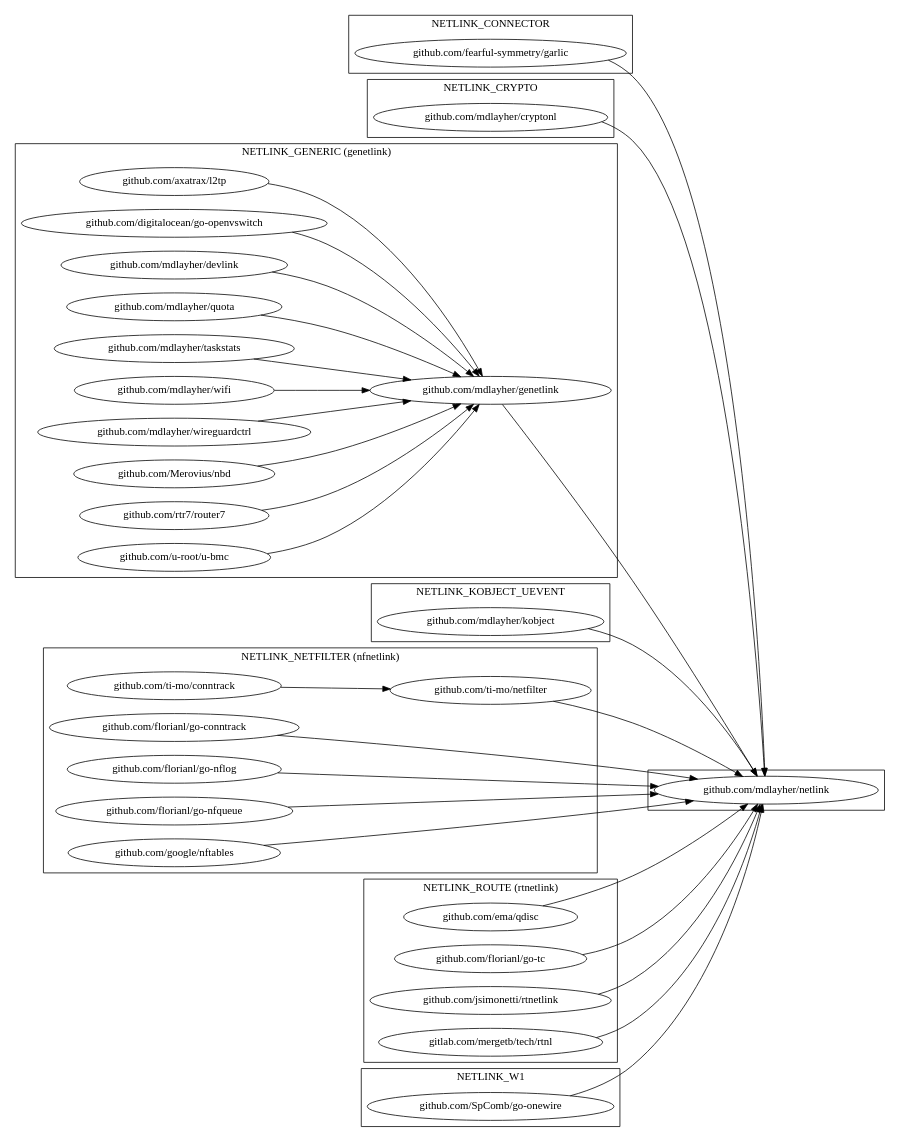
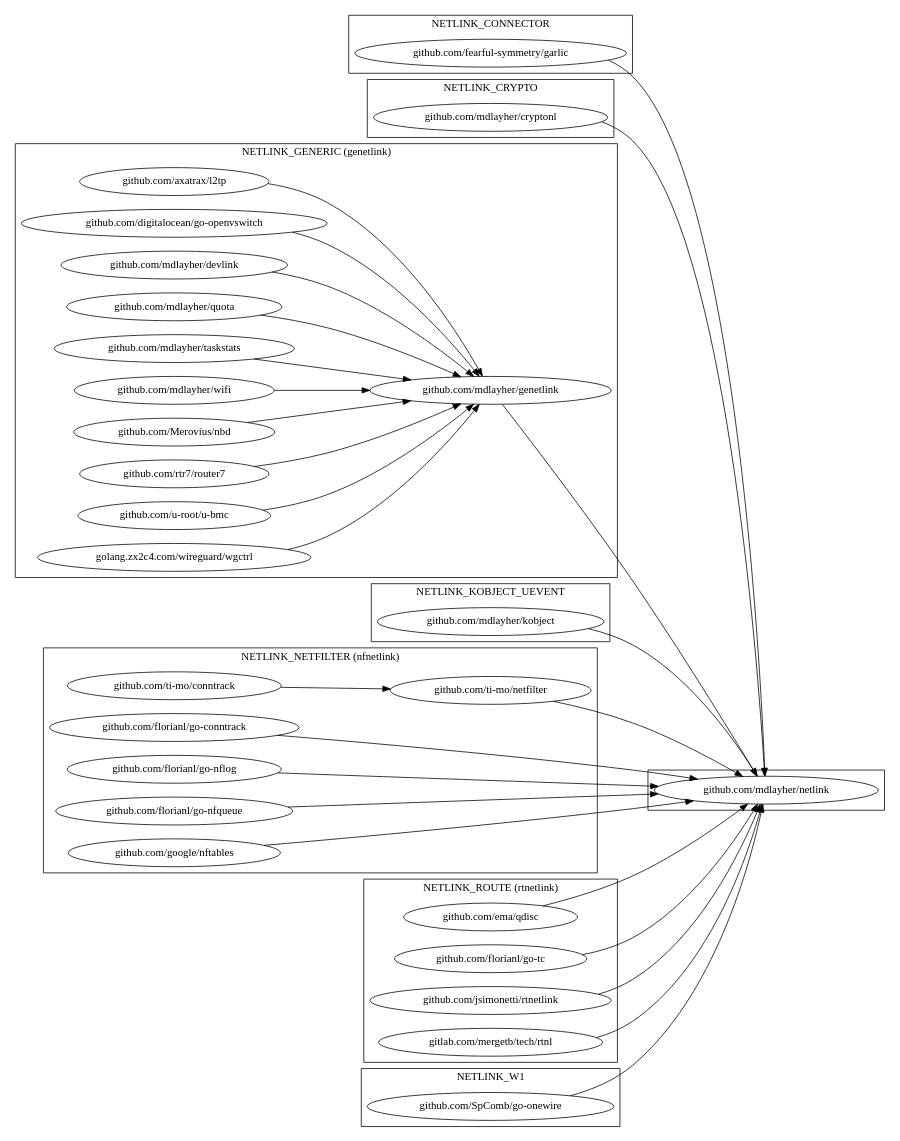
Before and after one commit to mdlayher/netlink: the diagram in netlink.dot, drawn with Graphviz. The commit also changed 1 other file, not shown here.

Commit message:
netlink.dot: new repository for wgctrl

```diff
--- a/netlink.dot
+++ b/netlink.dot
@@ -1,85 +1,85 @@
 digraph {
     rankdir = LR
 
     subgraph cluster_netlink {
         "github.com/mdlayher/netlink" [URL="https://github.com/mdlayher/netlink"]
     }
 
     subgraph cluster_connector {
         label = "NETLINK_CONNECTOR";
 
         {
             "github.com/fearful-symmetry/garlic" [URL="https://github.com/fearful-symmetry/garlic"]
         } -> "github.com/mdlayher/netlink"
     }
 
     subgraph cluster_crypto {
         label = "NETLINK_CRYPTO";
 
         {
             "github.com/mdlayher/cryptonl" [URL="https://github.com/mdlayher/cryptonl"]
         } -> "github.com/mdlayher/netlink"
     }
 
     subgraph cluster_generic {
         label = "NETLINK_GENERIC (genetlink)";
         "github.com/mdlayher/genetlink" [URL="https://github.com/mdlayher/genetlink"]
         "github.com/mdlayher/genetlink" -> "github.com/mdlayher/netlink"
 
         {   
             "github.com/axatrax/l2tp" [URL="https://github.com/axatrax/l2tp"]
             "github.com/digitalocean/go-openvswitch" [URL="https://github.com/digitalocean/go-openvswitch"]
             "github.com/mdlayher/devlink" [URL="https://github.com/mdlayher/devlink"]
             "github.com/mdlayher/quota" [URL="https://github.com/mdlayher/quota"]
             "github.com/mdlayher/taskstats" [URL="https://github.com/mdlayher/taskstats"]
             "github.com/mdlayher/wifi" [URL="https://github.com/mdlayher/wifi"]
-            "github.com/mdlayher/wireguardctrl" [URL="https://github.com/mdlayher/wireguardctrl"]
             "github.com/Merovius/nbd" [URL="https://github.com/Merovius/nbd"]
             "github.com/rtr7/router7" [URL="https://github.com/rtr7/router7"]
             "github.com/u-root/u-bmc" [URL="https://github.com/u-root/u-bmc"]
+            "golang.zx2c4.com/wireguard/wgctrl" [URL="https://golang.zx2c4.com/wireguard/wgctrl"]
         } -> "github.com/mdlayher/genetlink" 
     }
 
     subgraph cluster_kobject_uevent {
         label = "NETLINK_KOBJECT_UEVENT";
 
         {
             "github.com/mdlayher/kobject" [URL="https://github.com/mdlayher/kobject"]
         } -> "github.com/mdlayher/netlink"
     }
 
     subgraph cluster_netfilter {
         label = "NETLINK_NETFILTER (nfnetlink)";
 
         {
             "github.com/florianl/go-conntrack" [URL="https://github.com/florianl/go-conntrack"]
             "github.com/florianl/go-nflog" [URL="https://github.com/florianl/go-nflog"]
             "github.com/florianl/go-nfqueue" [URL="https://github.com/florianl/go-nfqueue"]
             "github.com/google/nftables" [URL="https://github.com/google/nftables"]
             "github.com/ti-mo/netfilter" [URL="https://github.com/ti-mo/netfilter"]
         } -> "github.com/mdlayher/netlink"
 
         {
             "github.com/ti-mo/conntrack"  [URL="https://github.com/ti-mo/conntrack"]
         } -> "github.com/ti-mo/netfilter"
     }
 
     subgraph cluster_route {
         label = "NETLINK_ROUTE (rtnetlink)";
 
         {
             "github.com/ema/qdisc" [URL="https://github.com/ema/qdisc"]
             "github.com/florianl/go-tc" [URL="https://github.com/florianl/go-tc"]
             "github.com/jsimonetti/rtnetlink" [URL="https://github.com/jsimonetti/rtnetlink"]
             "gitlab.com/mergetb/tech/rtnl" [URL="https://gitlab.com/mergetb/tech/rtnl"]
         } -> "github.com/mdlayher/netlink"
     }
 
     subgraph cluster_w1 {
         label = "NETLINK_W1";
 
         {
             "github.com/SpComb/go-onewire" [URL="https://github.com/SpComb/go-onewire"]
         } -> "github.com/mdlayher/netlink"
     }
 }
```
